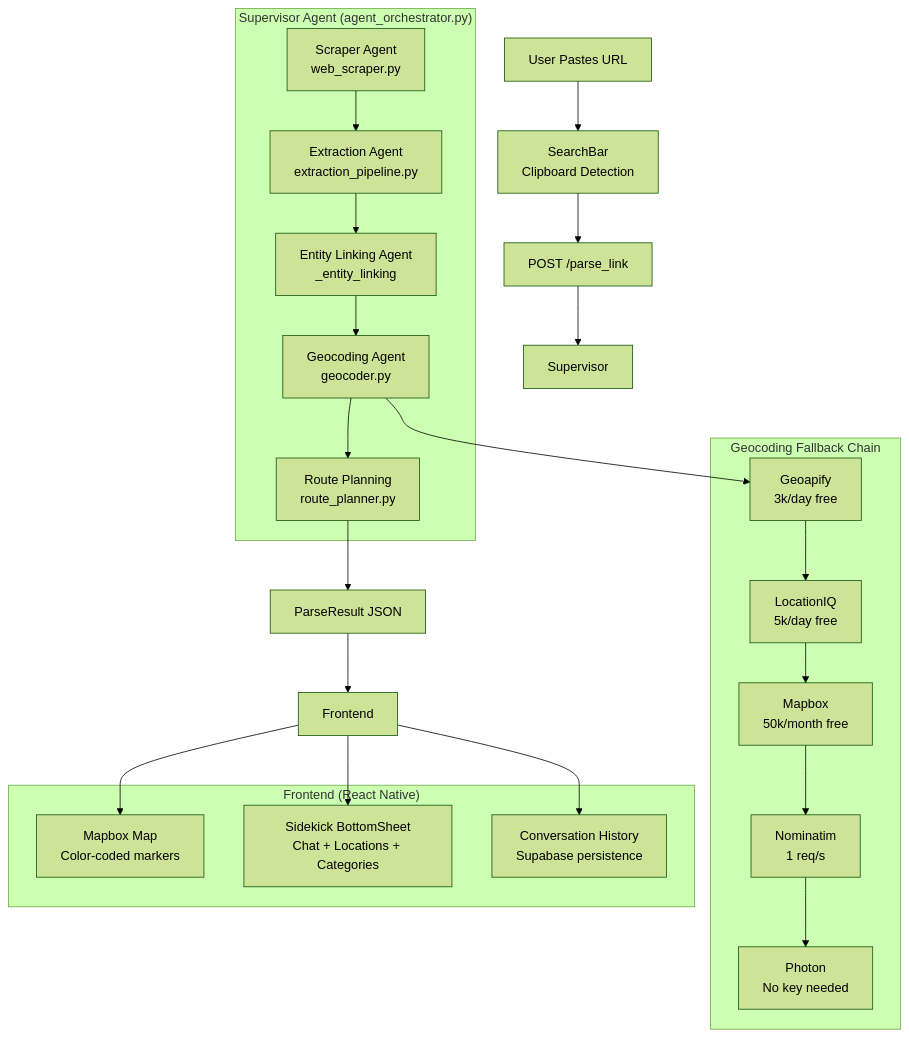
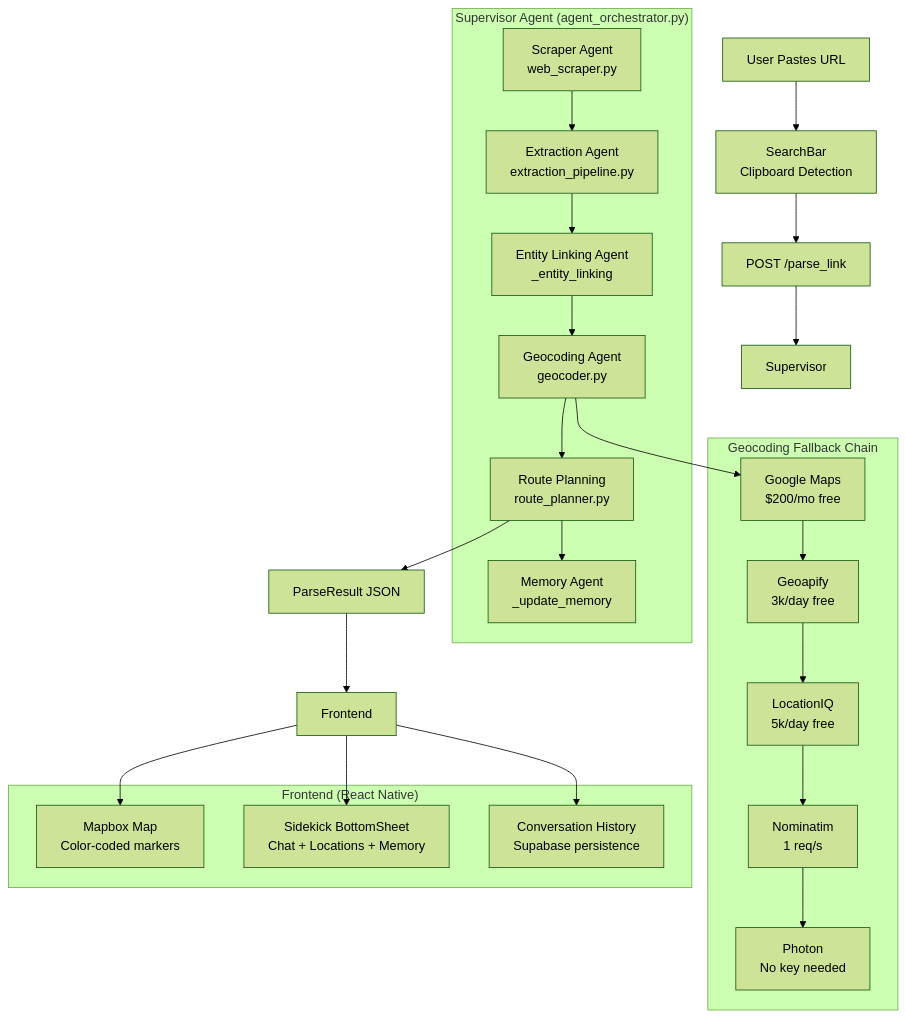
Before and after one commit to zjwang168/atlas-mobile: the first of 2 diagrams in README.md, drawn with Mermaid (forest theme). The commit also changed other lines of this file and 18 other files, not shown here.

````diff
--- a/README.md
+++ b/README.md
@@ -19,45 +19,47 @@
 ```mermaid
 graph TD
     User[User Pastes URL] --> SearchBar[SearchBar<br/>Clipboard Detection]
     SearchBar --> API[POST /parse_link]
 
     subgraph "Supervisor Agent (agent_orchestrator.py)"
         Scraper[Scraper Agent<br/>web_scraper.py]
         Extraction[Extraction Agent<br/>extraction_pipeline.py]
         EntityLink[Entity Linking Agent<br/>_entity_linking]
         Geocoding[Geocoding Agent<br/>geocoder.py]
         Route[Route Planning<br/>route_planner.py]
+        Memory[Memory Agent<br/>_update_memory]
 
         Scraper --> Extraction
         Extraction --> EntityLink
         EntityLink --> Geocoding
         Geocoding --> Route
+        Route --> Memory
     end
 
     API --> Supervisor
 
     subgraph "Geocoding Fallback Chain"
-        G1[Geoapify<br/>3k/day free]
-        G2[LocationIQ<br/>5k/day free]
-        G3[Mapbox<br/>50k/month free]
+        G1[Google Maps<br/>$200/mo free]
+        G2[Geoapify<br/>3k/day free]
+        G3[LocationIQ<br/>5k/day free]
         G4[Nominatim<br/>1 req/s]
         G5[Photon<br/>No key needed]
 
         G1 --> G2 --> G3 --> G4 --> G5
     end
 
     Geocoding --> G1
 
     Route --> Response[ParseResult JSON]
     Response --> Frontend
 
     subgraph "Frontend (React Native)"
         Map[Mapbox Map<br/>Color-coded markers]
-        Sidekick[Sidekick BottomSheet<br/>Chat + Locations + Categories]
+        Sidekick[Sidekick BottomSheet<br/>Chat + Locations + Memory]
         History[Conversation History<br/>Supabase persistence]
     end
 
     Frontend --> Map
     Frontend --> Sidekick
     Frontend --> History
 ```
````
